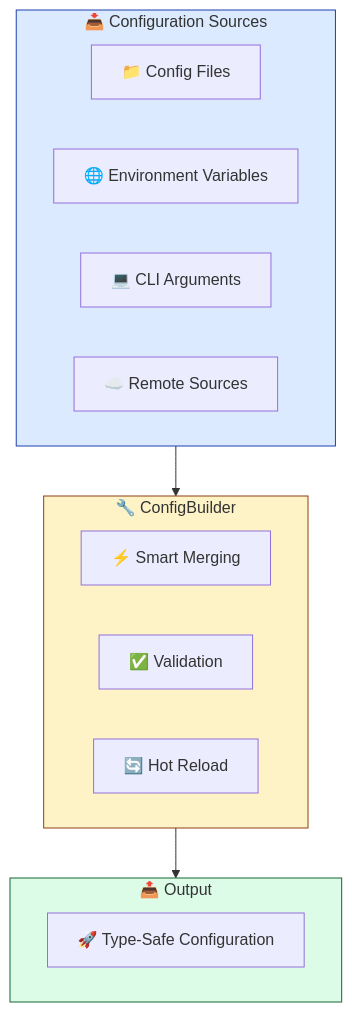
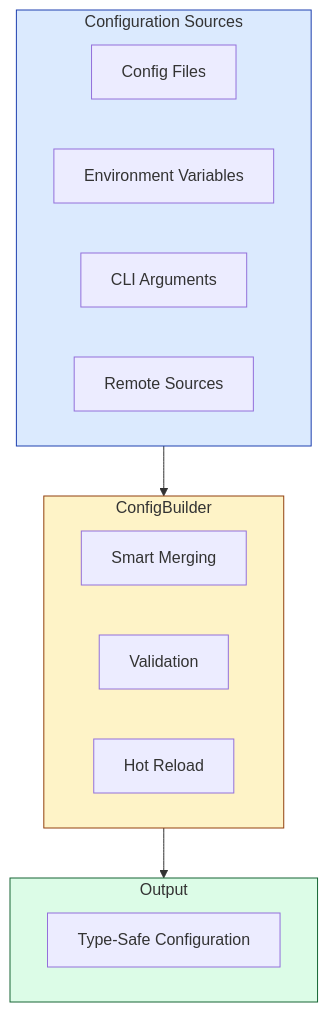
Before and after one commit to Kirky-X/confers: the first of 3 diagrams in docs/API_REFERENCE.md, drawn with Mermaid. The commit also changed other lines of this file and 3 other files, not shown here.

First line of the commit message:
docs: clean mermaid node emojis for renderer compatibility

````diff
--- a/docs/API_REFERENCE.md
+++ b/docs/API_REFERENCE.md
@@ -146,26 +146,26 @@
 ```mermaid
 graph TB
-    subgraph Sources ["📥 Configuration Sources"]
-        A[📁 Config Files]
-        B[🌐 Environment Variables]
-        C[💻 CLI Arguments]
-        D[☁️ Remote Sources]
+    subgraph Sources ["Configuration Sources"]
+        A["Config Files"]
+        B["Environment Variables"]
+        C["CLI Arguments"]
+        D["Remote Sources"]
     end
 
-    subgraph Loader ["🔧 ConfigBuilder"]
-        E[⚡ Smart Merging]
-        F[✅ Validation]
-        G[🔄 Hot Reload]
+    subgraph Loader ["ConfigBuilder"]
+        E["Smart Merging"]
+        F["Validation"]
+        G["Hot Reload"]
     end
 
-    subgraph Output ["📤 Output"]
-        H[🚀 Type-Safe Configuration]
+    subgraph Output ["Output"]
+        H["Type-Safe Configuration"]
     end
 
     Sources --> Loader
     Loader --> Output
 
     style Sources fill:#DBEAFE,stroke:#1E40AF
     style Loader fill:#FEF3C7,stroke:#92400E
     style Output fill:#DCFCE7,stroke:#166534
 ```
````
